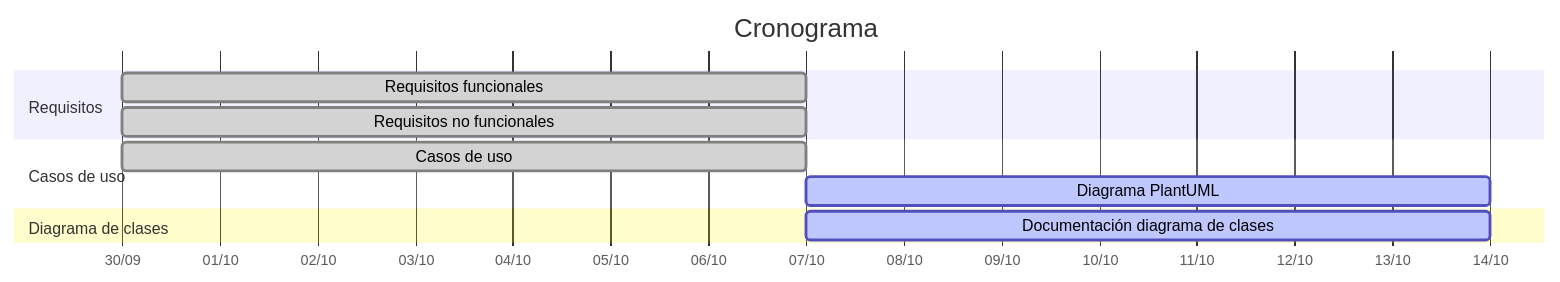
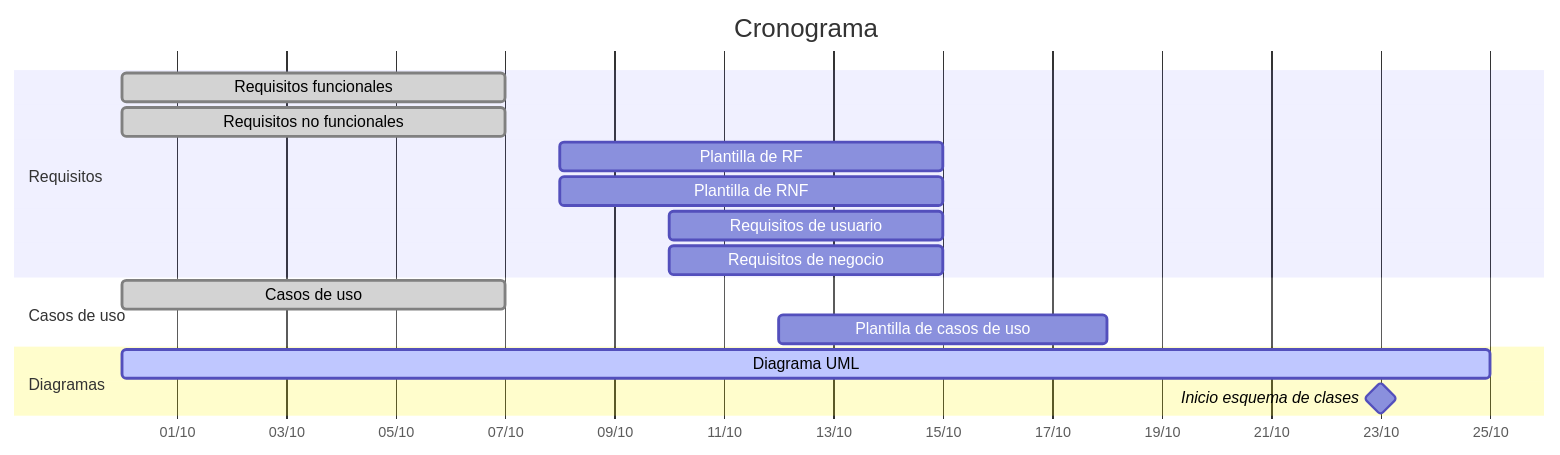
One commit to EVerjanoPerez/Grupo-Al-khwarizmi changed the diagram in Planificacion/Planificación.md. Above: the diagram before and after it, drawn with Mermaid. The commit also changed other lines of this file and 7 other files, not shown here.

````diff
--- a/Planificacion/Planificación.md
+++ b/Planificacion/Planificación.md
@@ -38,14 +50,19 @@
 ```mermaid
 gantt
     title Cronograma
     dateFormat YYYY-MM-DD
     axisFormat %d/%m
     section Requisitos
-    Requisitos funcionales       :done, rf, 2026-09-30, 2026-10-07
-    Requisitos no funcionales    :done, rnf, 2026-09-30, 2026-10-07
+    Requisitos funcionales           :done, rf, 2026-09-30, 2026-10-07
+    Requisitos no funcionales        :done, rnf, 2026-09-30, 2026-10-07
+    Plantilla de RF                  :prf, 2026-10-08, 2026-10-15
+    Plantilla de RNF                 :prnf, 2026-10-08, 2026-10-15
+    Requisitos de usuario            :ru, 2026-10-10, 2026-10-15
+    Requisitos de negocio            :rn, 2026-10-10, 2026-10-15
     section Casos de uso
-    Casos de uso                 :done, cu, 2026-09-30, 2026-10-07
-    Diagrama PlantUML            :active, dg, 2026-10-07, 2026-10-14
-    section Diagrama de clases
-    Documentación diagrama de clases :active, dc, 2026-10-07, 2026-10-14
+    Casos de uso                     :done, cu, 2026-09-30, 2026-10-07
+    Plantilla de casos de uso        :pcu, 2026-10-12, 2026-10-18
+    section Diagramas
+    Diagrama UML                     :active, uml, 2026-09-30, 2026-10-25
+    Inicio esquema de clases         :milestone, ec, 2026-10-23, 0d
 ```
````
